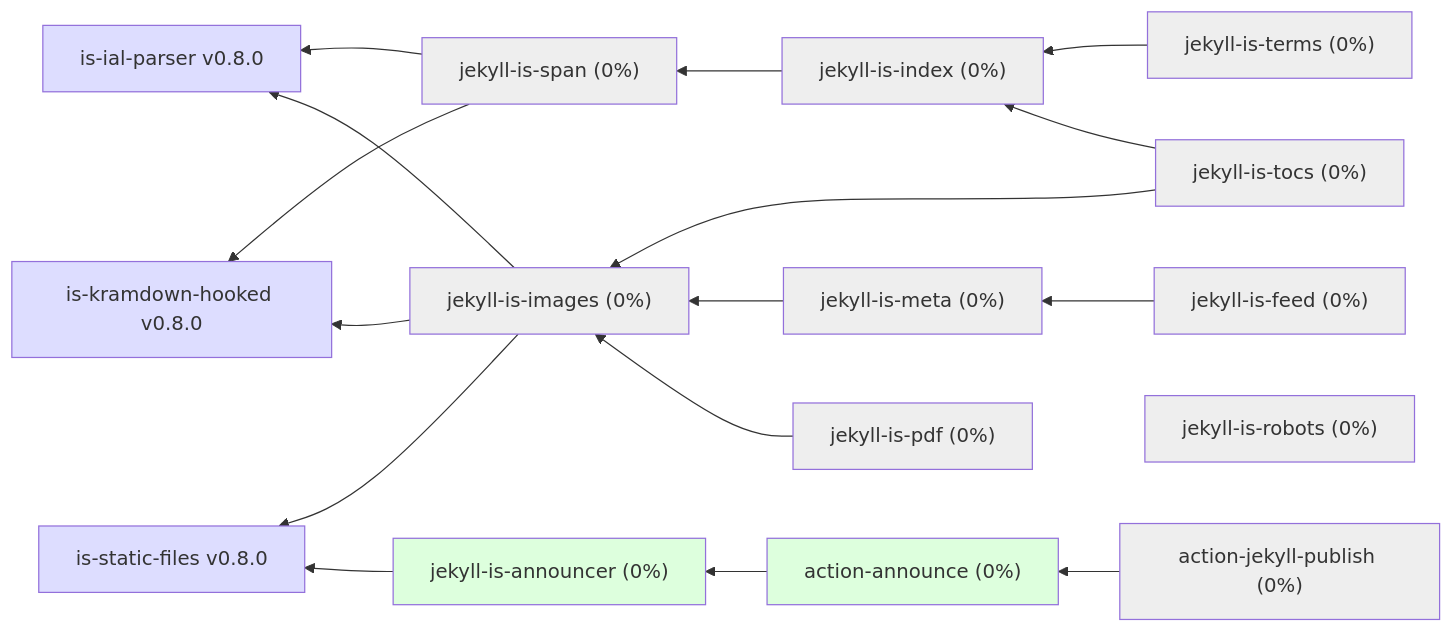
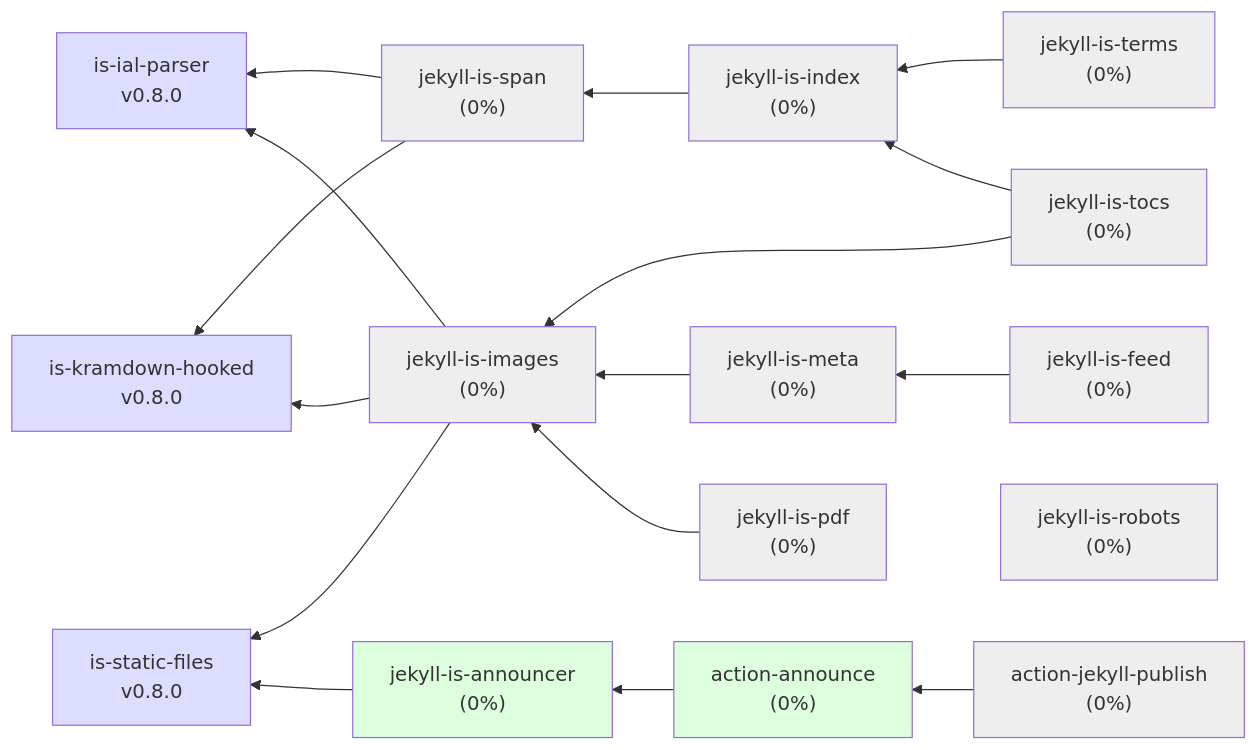
The diagram in profile/README.md (jekyll-is/.github), drawn with Mermaid before and after one commit.

````diff
--- a/profile/README.md
+++ b/profile/README.md
@@ -7,58 +7,58 @@
 ```mermaid
 graph RL
-  ial["is-ial-parser v0.8.0"]
-  kramdown["is-kramdown-hooked v0.8.0"]
-  statics["is-static-files v0.8.0"]
-  span["jekyll-is-span (0%)"] --> ial
+  ial["is-ial-parser<br>v0.8.0"]
+  kramdown["is-kramdown-hooked<br>v0.8.0"]
+  statics["is-static-files<br>v0.8.0"]
+  span["jekyll-is-span<br>(0%)"] --> ial
   span --> kramdown
-  index["jekyll-is-index (0%)"] --> span
-  abbr["jekyll-is-terms (0%)"] --> index
-  images["jekyll-is-images (0%)"] --> ial
+  index["jekyll-is-index<br>(0%)"] --> span
+  abbr["jekyll-is-terms<br>(0%)"] --> index
+  images["jekyll-is-images<br>(0%)"] --> ial
   images --> kramdown
   images --> statics
-  tocs["jekyll-is-tocs (0%)"] --> images
+  tocs["jekyll-is-tocs<br>(0%)"] --> images
   tocs --> index
-  meta["jekyll-is-meta (0%)"] --> images
-  feed["jekyll-is-feed (0%)"] --> meta
-  robots["jekyll-is-robots (0%)"]
-  announcer["jekyll-is-announcer (0%)"] --> statics
-  act-announce["action-announce (0%)"] --> announcer
-  publish["action-jekyll-publish (0%)"] --> act-announce
-  pdf["jekyll-is-pdf (0%)"] --> images
+  meta["jekyll-is-meta<br>(0%)"] --> images
+  feed["jekyll-is-feed<br>(0%)"] --> meta
+  robots["jekyll-is-robots<br>(0%)"]
+  announcer["jekyll-is-announcer<br>(0%)"] --> statics
+  act-announce["action-announce<br>(0%)"] --> announcer
+  publish["action-jekyll-publish<br>(0%)"] --> act-announce
+  pdf["jekyll-is-pdf<br>(0%)"] --> images
 
 click ial "https://github.com/jekyll-is/is-ial-parser"
 click kramdown "https://github.com/jekyll-is/is-kramdown-hooked"
 click announcer "https://github.com/jekyll-is/jekyll-is-announcer"
 click act-announce "https://github.com/jekyll-is/action-announce"
 click publish "https://github.com/jekyll-is/action-jekyll-publish"
 click images "https://github.com/jekyll-is/jekyll-is-images"
 click robots "https://github.com/jekyll-is/jekyll-is-robots"
 click meta "https://github.com/jekyll-is/jekyll-is-meta"
 click pdf "https://github.com/jekyll-is/jekyll-is-pdf"
 click tocs "https://github.com/jekyll-is/jekyll-is-tocs"
 click feed "https://github.com/jekyll-is/jekyll-is-feed"
 click index "https://github.com/jekyll-is/jekyll-is-index"
 click span "https://github.com/jekyll-is/jekyll-is-span"
 click abbr "https://github.com/jekyll-is/jekyll-is-terms"
 click statics "https://github.com/jekyll-is/is-static-files"
 
 classDef green fill:#DFD
 classDef gray fill:#EEE
 classDef blue fill:#DDF
 
 class ial blue
 class kramdown blue
 class images gray
 class announcer green
 class act-announce green
 class publish gray
 class pdf gray
 class span gray
 class index gray
 class feed gray
 class meta gray
 class robots gray
 class tocs gray
 class abbr gray
 class statics blue
 ```
````
